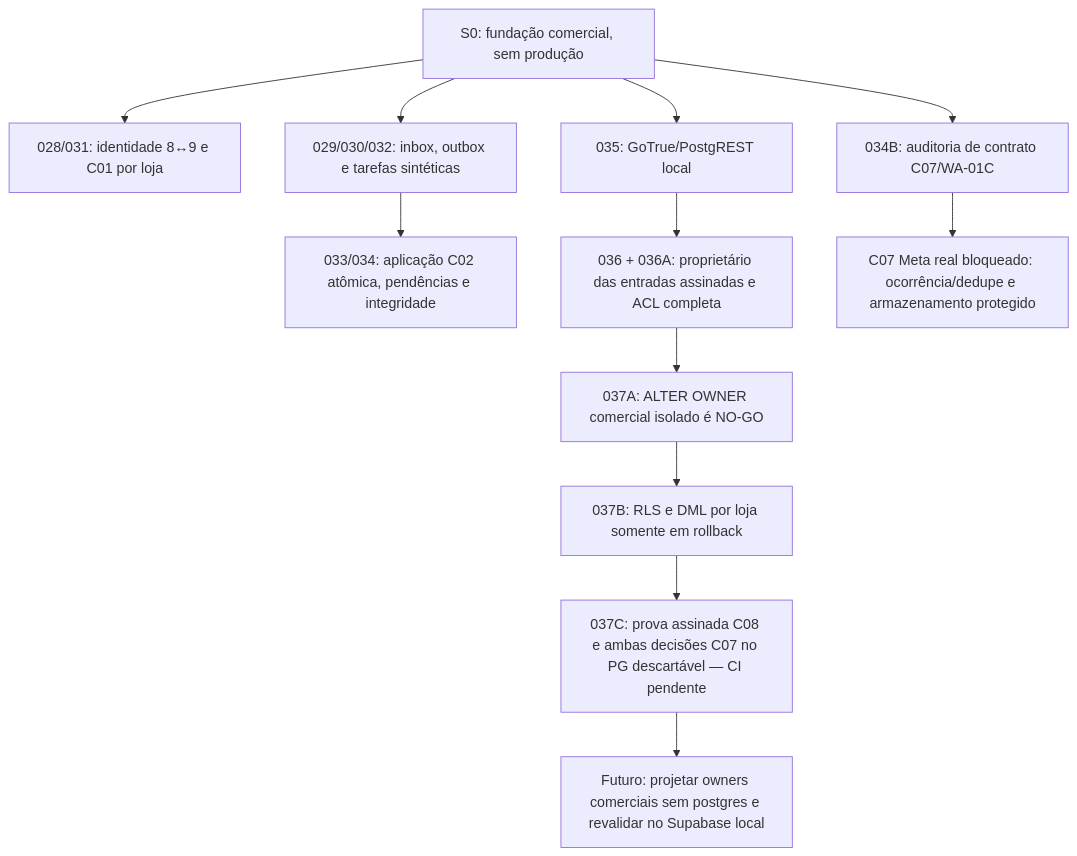
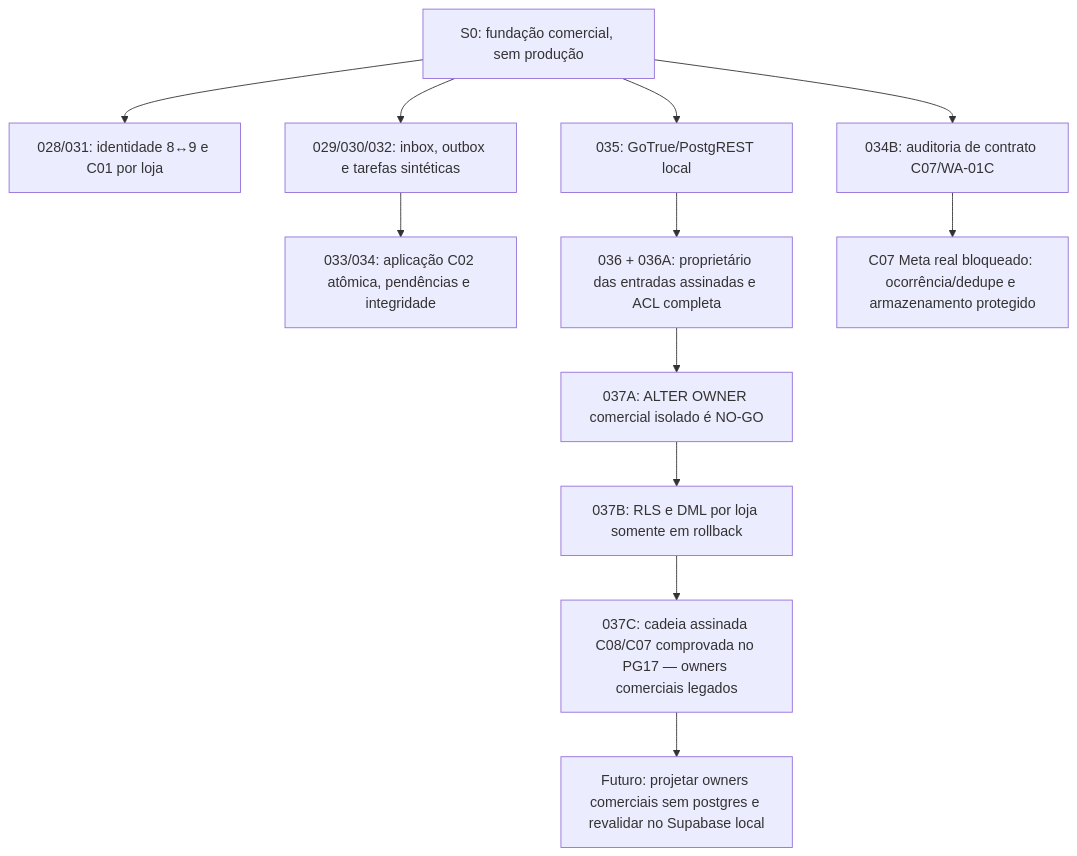
The second of 2 diagrams in docs/MAPA_MENTAL.md (prumogrowth/Prumo-Growth-Platform-V2), drawn with Mermaid before and after one commit. The commit also changed other lines of this file and 2 other files, not shown here.

Commit message:
docs(s0): aceite CI 037C e MAPA_MENTAL sincronizado

````diff
--- a/docs/MAPA_MENTAL.md
+++ b/docs/MAPA_MENTAL.md
@@ -48,14 +48,14 @@
 ```mermaid
 flowchart TD
   ROOT["S0: fundação comercial, sem produção"] --> ID["028/031: identidade 8↔9 e C01 por loja"]
   ROOT --> Q["029/030/032: inbox, outbox e tarefas sintéticas"]
   Q --> C02["033/034: aplicação C02 atômica, pendências e integridade"]
   ROOT --> CB["034B: auditoria de contrato C07/WA-01C"]
   ROOT --> AUTH["035: GoTrue/PostgREST local"]
   AUTH --> GATE["036 + 036A: proprietário das entradas assinadas e ACL completa"]
   GATE --> A["037A: ALTER OWNER comercial isolado é NO-GO"]
   A --> B["037B: RLS e DML por loja somente em rollback"]
-  B --> C["037C: prova assinada C08 e ambas decisões C07 no PG descartável — CI pendente"]
+  B --> C["037C: cadeia assinada C08/C07 comprovada no PG17 — owners comerciais legados"]
   C --> FUT["Futuro: projetar owners comerciais sem postgres e revalidar no Supabase local"]
   CB --> WAIT["C07 Meta real bloqueado: ocorrência/dedupe e armazenamento protegido"]
 ```
````
